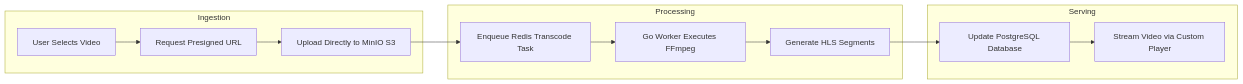
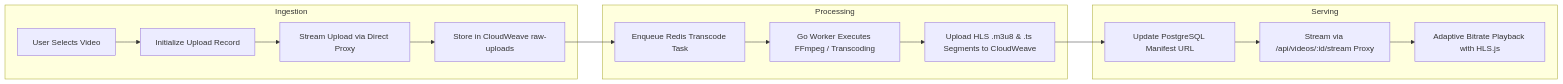
One commit to jhanvi857/Streamify changed the second of 2 diagrams in README.md. Above: the diagram before and after it, drawn with Mermaid. The commit also changed other lines of this file, not shown here.

Commit message:
docs: update README with CloudWeave storage, HLS.js, and proxy streaming architecture

````diff
--- a/README.md
+++ b/README.md
@@ -31,18 +33,20 @@
 ```mermaid
 flowchart LR
     subgraph Ingestion
-        A[User Selects Video] --> B[Request Presigned URL]
-        B --> C[Upload Directly to MinIO S3]
+        A[User Selects Video] --> B[Initialize Upload Record]
+        B --> C[Stream Upload via Direct Proxy]
+        C --> D[Store in CloudWeave raw-uploads]
     end
 
     subgraph Processing
-        C --> D[Enqueue Redis Transcode Task]
-        D --> E[Go Worker Executes FFmpeg]
-        E --> F[Generate HLS Segments]
+        D --> E[Enqueue Redis Transcode Task]
+        E --> F[Go Worker Executes FFmpeg / Transcoding]
+        F --> G[Upload HLS .m3u8 & .ts Segments to CloudWeave]
     end
 
     subgraph Serving
-        F --> G[Update PostgreSQL Database]
-        G --> H[Stream Video via Custom Player]
+        G --> H[Update PostgreSQL Manifest URL]
+        H --> I[Stream via /api/videos/:id/stream Proxy]
+        I --> J[Adaptive Bitrate Playback with HLS.js]
     end
 ```
````
